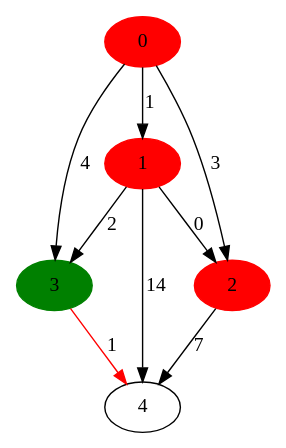
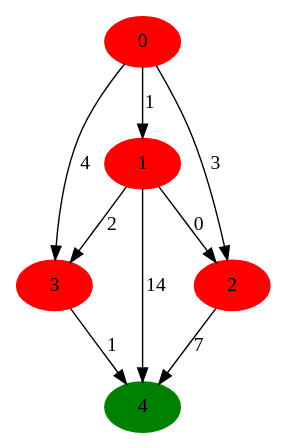
The diagram in algorithm_visualizer/src/save/tmp/dicgraph.dot (Les-Alchimistes-Labs/AlgorithmVisualizer), drawn with Graphviz before and after one commit. The commit also changed 3 other files, not shown here.

```diff
--- a/algorithm_visualizer/src/save/tmp/dicgraph.dot
+++ b/algorithm_visualizer/src/save/tmp/dicgraph.dot
@@ -1,15 +1,15 @@
 digraph dicgraph { // 5
 n0->n1 [label = 1] // 0 1 1
 n0->n2 [label = 3] // 0 2 3
 n0->n3 [label = 4] // 0 3 4
 n1->n2 [label = 0] // 1 2 0
 n1->n3 [label = 2] // 1 3 2
 n1->n4 [label = 14] // 1 4 14
 n2->n4 [label = 7] // 2 4 7
-n3->n4 [label = 1 ,color = red] // 3 4 1
+n3->n4 [label = 1] // 3 4 1
 n0 [label="0", style = filled , color = red ]
 n1 [label="1", style = filled , color = red ]
 n2 [label="2", style = filled , color = red ]
-n3 [label="3", style = filled , color = green ]
-n4 [label="4"]
+n3 [label="3", style = filled , color = red ]
+n4 [label="4", style = filled , color = green ]
 }
```
